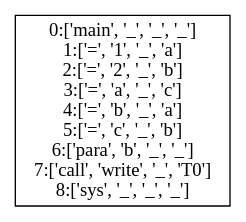
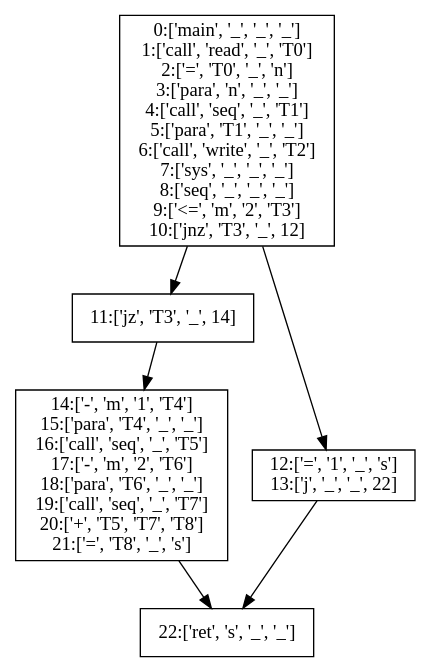
Before and after one commit to hutao99/compiler: the diagram in Basic_Block/basic_block.gv, drawn with Graphviz. The commit also changed 5 other files, not shown here.

```diff
--- a/Basic_Block/basic_block.gv
+++ b/Basic_Block/basic_block.gv
@@ -1,13 +1,36 @@
 // Basic_Block
 digraph "./Basic_Block/basic_block" {
 	0 [label="0:['main', '_', '_', '_']
-1:['=', '1', '_', 'a']
-2:['=', '2', '_', 'b']
-3:['=', 'a', '_', 'c']
-4:['=', 'b', '_', 'a']
-5:['=', 'c', '_', 'b']
-6:['para', 'b', '_', '_']
-7:['call', 'write', '_', 'T0']
-8:['sys', '_', '_', '_']
+1:['call', 'read', '_', 'T0']
+2:['=', 'T0', '_', 'n']
+3:['para', 'n', '_', '_']
+4:['call', 'seq', '_', 'T1']
+5:['para', 'T1', '_', '_']
+6:['call', 'write', '_', 'T2']
+7:['sys', '_', '_', '_']
+8:['seq', '_', '_', '_']
+9:['<=', 'm', '2', 'T3']
+10:['jnz', 'T3', '_', 12]
 " fontname=SimHei shape=rectangle]
+	1 [label="11:['jz', 'T3', '_', 14]
+" fontname=SimHei shape=rectangle]
+	2 [label="12:['=', '1', '_', 's']
+13:['j', '_', '_', 22]
+" fontname=SimHei shape=rectangle]
+	3 [label="14:['-', 'm', '1', 'T4']
+15:['para', 'T4', '_', '_']
+16:['call', 'seq', '_', 'T5']
+17:['-', 'm', '2', 'T6']
+18:['para', 'T6', '_', '_']
+19:['call', 'seq', '_', 'T7']
+20:['+', 'T5', 'T7', 'T8']
+21:['=', 'T8', '_', 's']
+" fontname=SimHei shape=rectangle]
+	4 [label="22:['ret', 's', '_', '_']
+" fontname=SimHei shape=rectangle]
+	0 -> 2
+	0 -> 1
+	1 -> 3
+	2 -> 4
+	3 -> 4
 }
```
